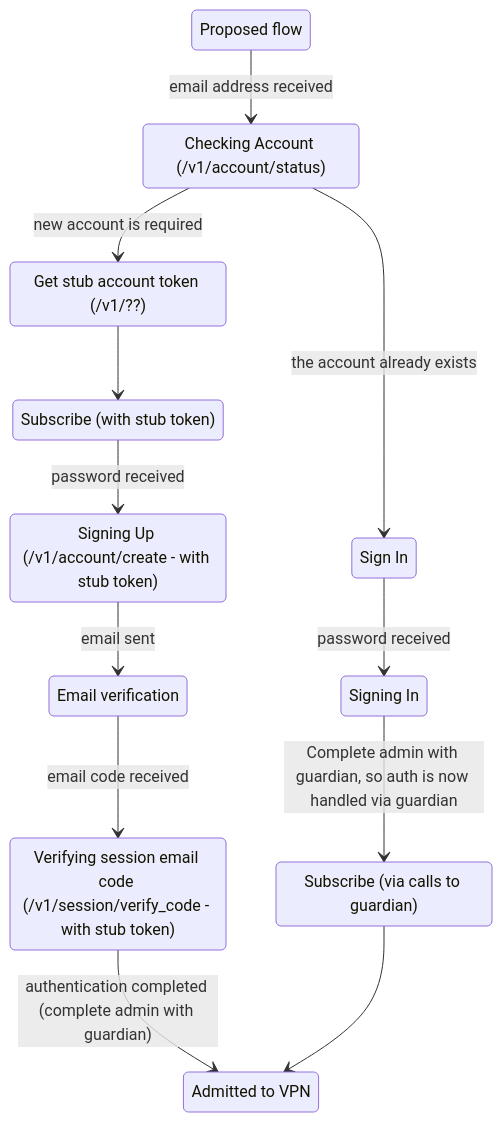
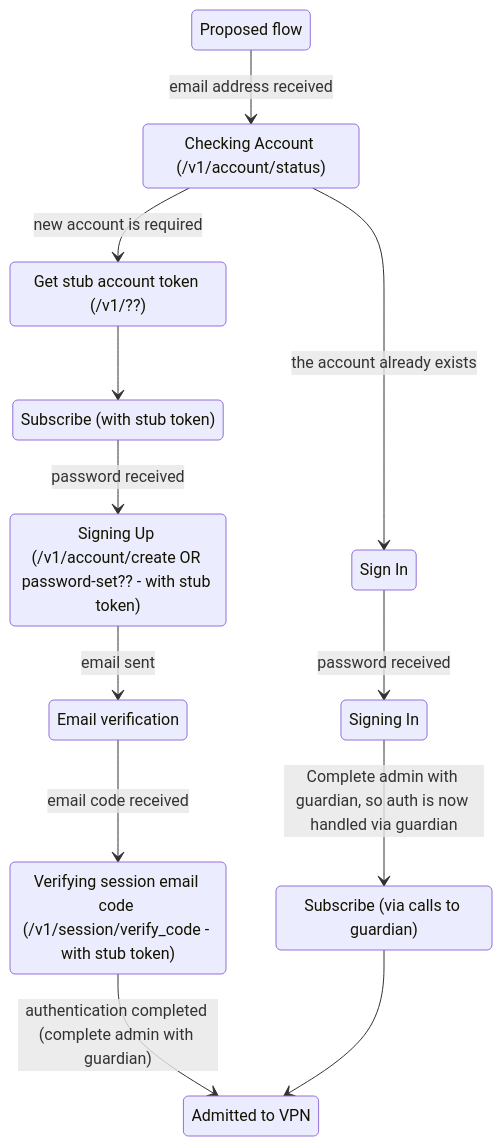
One commit to mozilla-mobile/mozilla-vpn-client changed the second of 2 diagrams in docs/authentication-in-app.md. Above: the diagram before and after it, drawn with Mermaid. The commit also changed other lines of this file, not shown here.

````diff
--- a/docs/authentication-in-app.md
+++ b/docs/authentication-in-app.md
@@ -33,26 +35,26 @@
 ```mermaid
 stateDiagram-v2
   Start: Proposed flow
   CheckingAccount: Checking Account (/v1/account/status)
   SignIn: Sign In
   StubAccount: Get stub account token (/v1/??)
   SigningIn: Signing In
-  SigningUp: Signing Up (/v1/account/create - with stub token)
+  SigningUp: Signing Up (/v1/account/create OR password-set?? - with stub token)
   EmailVerification: Email verification
   VerifyingSessionEmailCode: Verifying session email code (/v1/session/verify_code - with stub token)
   Subscribe: Subscribe (via calls to guardian) 
   SubscribeStub: Subscribe (with stub token)
   Admitted: Admitted to VPN
  
   Start --> CheckingAccount: email address received
   CheckingAccount --> SignIn: the account already exists
   CheckingAccount --> StubAccount: new account is required
   StubAccount --> SubscribeStub
   SubscribeStub --> SigningUp: password received
   SignIn --> SigningIn: password received
   SigningUp --> EmailVerification: email sent
   EmailVerification --> VerifyingSessionEmailCode: email code received
   VerifyingSessionEmailCode --> Admitted: authentication completed (complete admin with guardian)
   SigningIn --> Subscribe: Complete admin with guardian, so auth is now handled via guardian
   Subscribe --> Admitted
 ```
````
